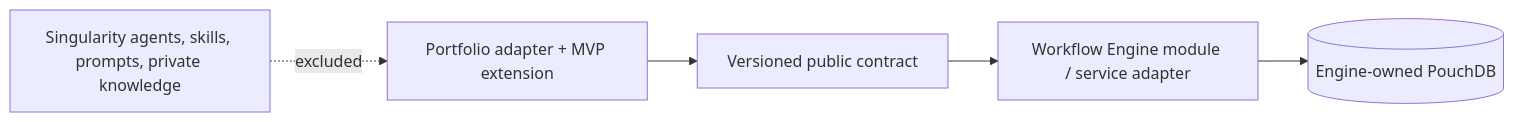
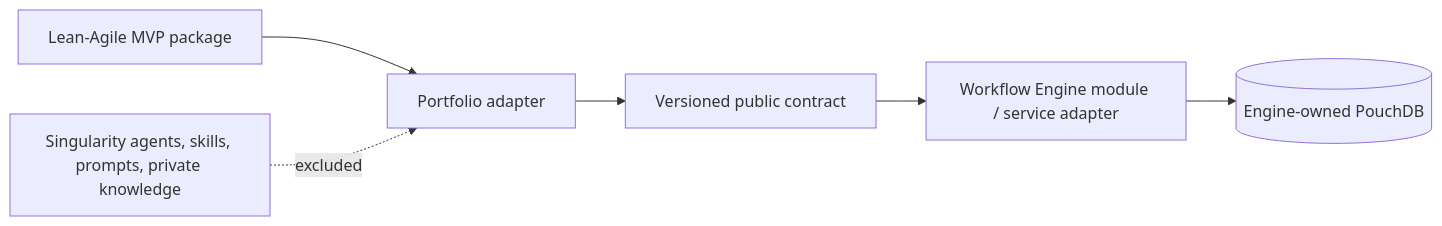
One commit to dave-jackson-dev/portfolio changed the diagram in docs/architecture/adr-001-workflow-engine-public-consumer-boundary.md. Above: the diagram before and after it, drawn with Mermaid. The commit also changed other lines of this file and 26 other files, not shown here.

````diff
--- a/docs/architecture/adr-001-workflow-engine-public-consumer-boundary.md
+++ b/docs/architecture/adr-001-workflow-engine-public-consumer-boundary.md
@@ -35,7 +42,8 @@
 ```mermaid
 flowchart LR
-    P[Portfolio adapter + MVP extension] --> C[Versioned public contract]
+    M[Lean-Agile MVP package] --> P[Portfolio adapter]
+    P --> C[Versioned public contract]
     C --> E[Workflow Engine module / service adapter]
     E --> S[(Engine-owned PouchDB)]
     X[Singularity agents, skills, prompts, private knowledge] -. excluded .-> P
 ```
````
